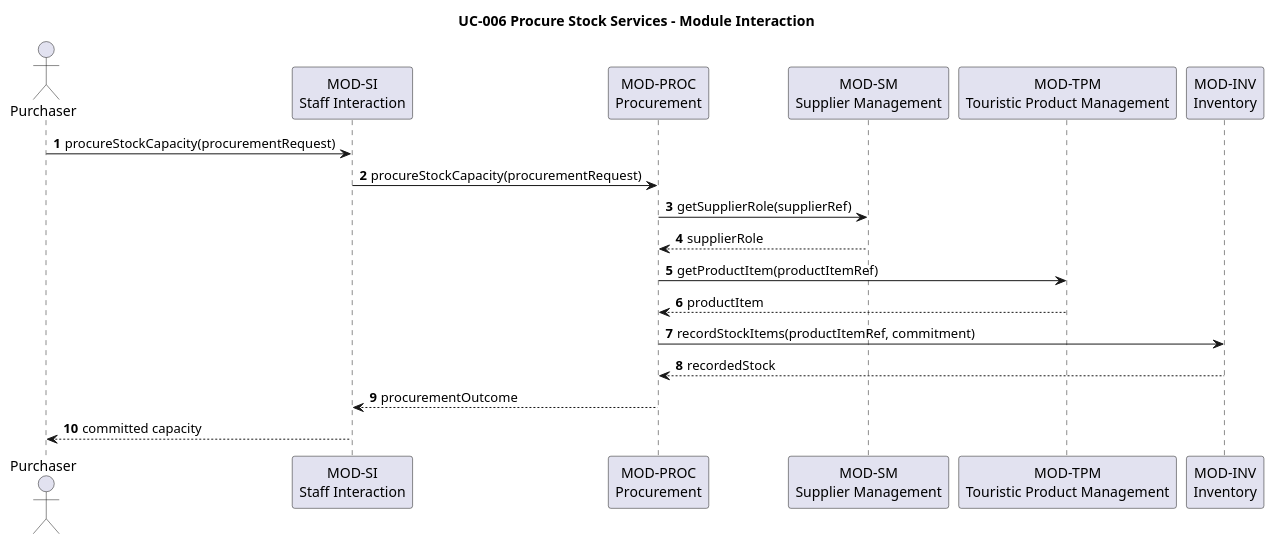
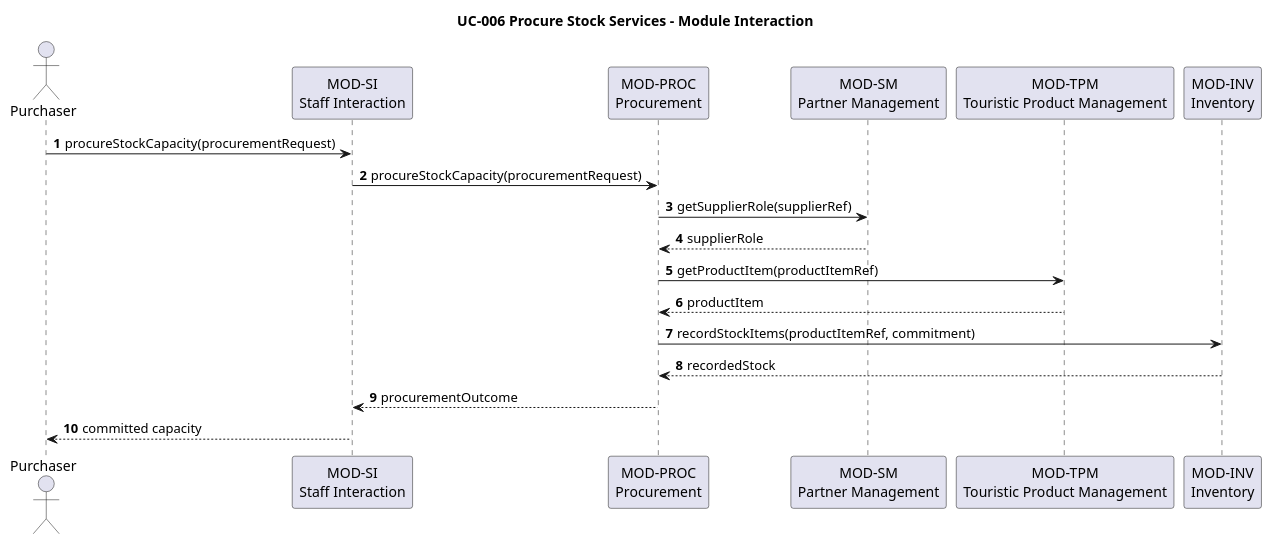
One commit to hochschule-darmstadt/a3se_app changed the diagram in docs/architecture/software-architecture/uc-006-procure-stock-services.puml. Above: the diagram before and after it, drawn with PlantUML. The commit also changed 31 other files, not shown here.

```diff
--- a/docs/architecture/software-architecture/uc-006-procure-stock-services.puml
+++ b/docs/architecture/software-architecture/uc-006-procure-stock-services.puml
@@ -1,21 +1,21 @@
 @startuml
 title UC-006 Procure Stock Services - Module Interaction
 autonumber
 actor Purchaser
 participant "MOD-SI\nStaff Interaction" as SI
 participant "MOD-PROC\nProcurement" as PROC
-participant "MOD-SM\nSupplier Management" as SM
+participant "MOD-SM\nPartner Management" as SM
 participant "MOD-TPM\nTouristic Product Management" as TPM
 participant "MOD-INV\nInventory" as INV
 
 Purchaser -> SI: procureStockCapacity(procurementRequest)
 SI -> PROC: procureStockCapacity(procurementRequest)
 PROC -> SM: getSupplierRole(supplierRef)
 SM --> PROC: supplierRole
 PROC -> TPM: getProductItem(productItemRef)
 TPM --> PROC: productItem
 PROC -> INV: recordStockItems(productItemRef, commitment)
 INV --> PROC: recordedStock
 PROC --> SI: procurementOutcome
 SI --> Purchaser: committed capacity
 @enduml
```
